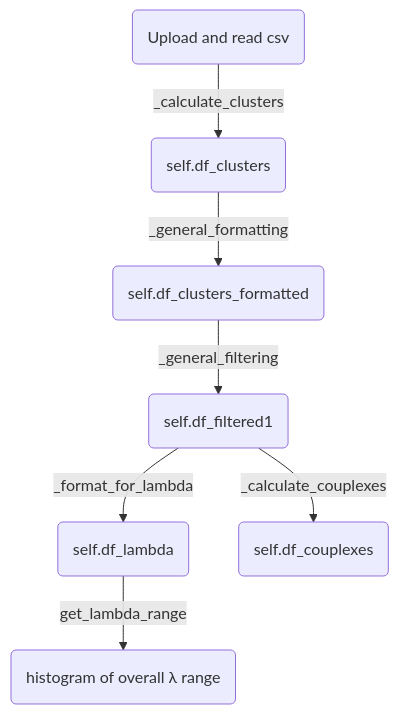
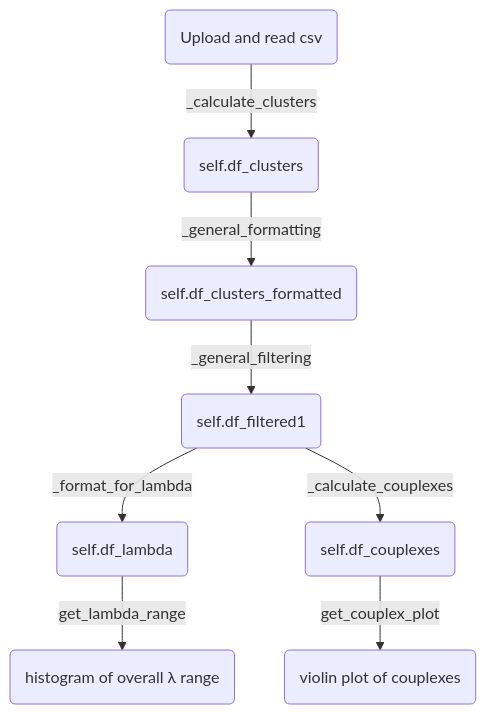
The diagram in README.md (LangeTo/calculations-pico), drawn with Mermaid before and after one commit. The commit also changed 2 other files, not shown here.

Commit message:
Update couplex calculation to polars (what a pain), now ready for right implementation of filters at the rigth positions.

````diff
--- a/README.md
+++ b/README.md
@@ -12,10 +12,21 @@
 ```mermaid
 graph TD;
+classDef sub opacity:0.5
+classDef note fill:#7f7f6e, stroke:#000000
     A(Upload and read csv)-->|_calculate_clusters|B(self.df_clusters);
     B-->|_general_formatting|C(self.df_clusters_formatted);
     C-->|_general_filtering|D(self.df_filtered1);
     D-->|_format_for_lambda|E(self.df_lambda);
     E-->|get_lambda_range|F(histogram of overall λ range);
     D-->|_calculate_couplexes|H(self.df_couplexes);
+    H-->|get_couplex_plot|I(violin plot of couplexes)
 
+    %% subgraph subA [" "]
+    %%     A
+    %%     noteA([I AM THE FIRST NOTE])
+    %% end
+
+    %% class subA sub
+
+    
 ```
````
